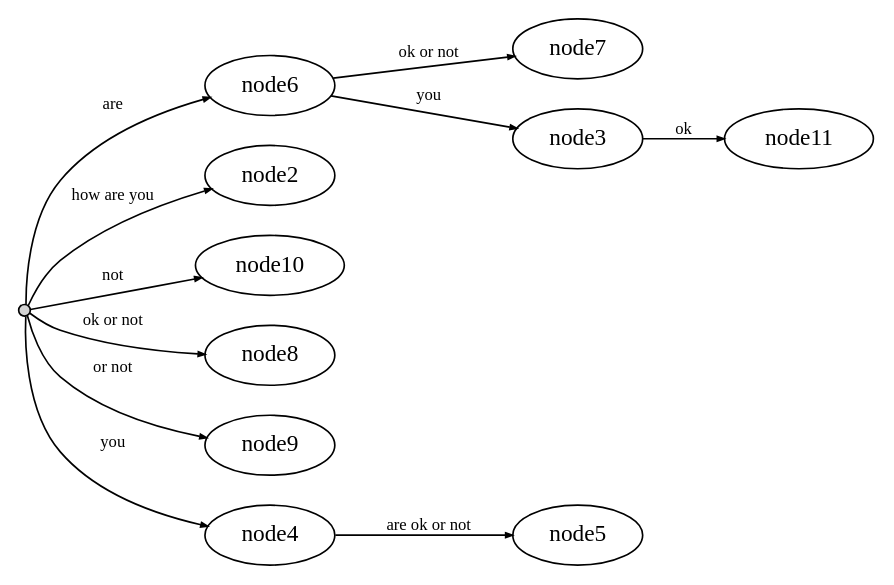
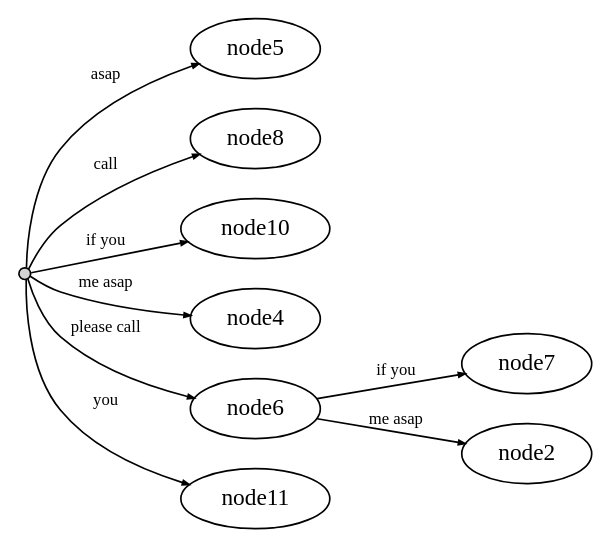
One commit to terenzio/ExtractionAlgorithm changed the diagram in PhraseSuffixTree_Carson/st.dot. Above: the diagram before and after it, drawn with Graphviz. The commit also changed 6 other files, not shown here.

```diff
--- a/PhraseSuffixTree_Carson/st.dot
+++ b/PhraseSuffixTree_Carson/st.dot
@@ -1,16 +1,14 @@
 digraph {
 	rankdir = LR;
 	edge [arrowsize=0.4,fontsize=10]
 	node1 [label="",style=filled,fillcolor=lightgrey,shape=circle,width=.1,height=.1];
 //------edges------
-	node1 -> node6 [label="are",weight=3]
-	node6 -> node7 [label="ok or not",weight=3]
-	node6 -> node3 [label="you",weight=3]
-	node3 -> node11 [label="ok",weight=3]
-	node1 -> node2 [label="how are you",weight=3]
-	node1 -> node10 [label="not",weight=3]
-	node1 -> node8 [label="ok or not",weight=3]
-	node1 -> node9 [label="or not",weight=3]
-	node1 -> node4 [label="you",weight=3]
-	node4 -> node5 [label="are ok or not",weight=3]
+	node1 -> node5 [label="asap",weight=3]
+	node1 -> node8 [label="call",weight=3]
+	node1 -> node10 [label="if you",weight=3]
+	node1 -> node4 [label="me asap",weight=3]
+	node1 -> node6 [label="please call",weight=3]
+	node6 -> node7 [label="if you",weight=3]
+	node6 -> node2 [label="me asap",weight=3]
+	node1 -> node11 [label="you",weight=3]
 }
```
